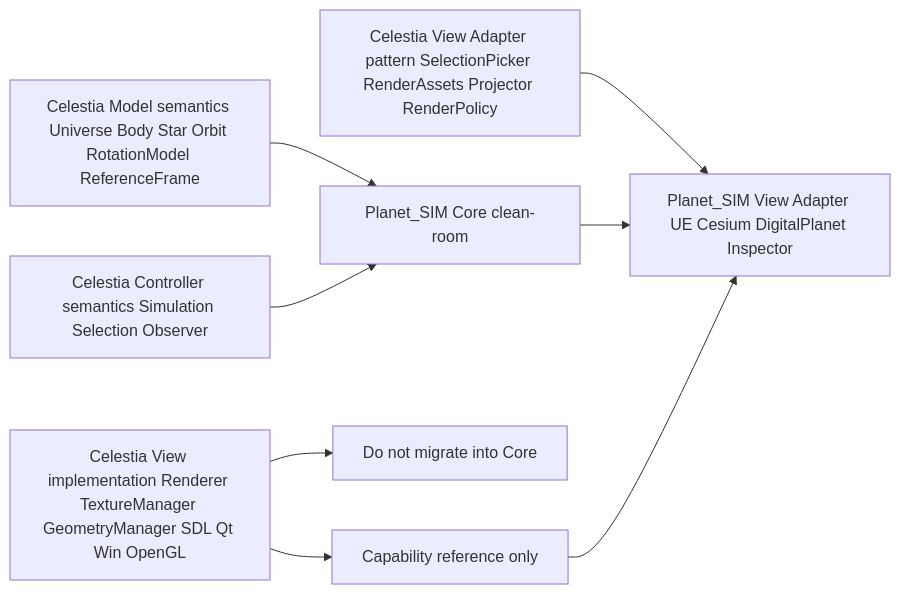
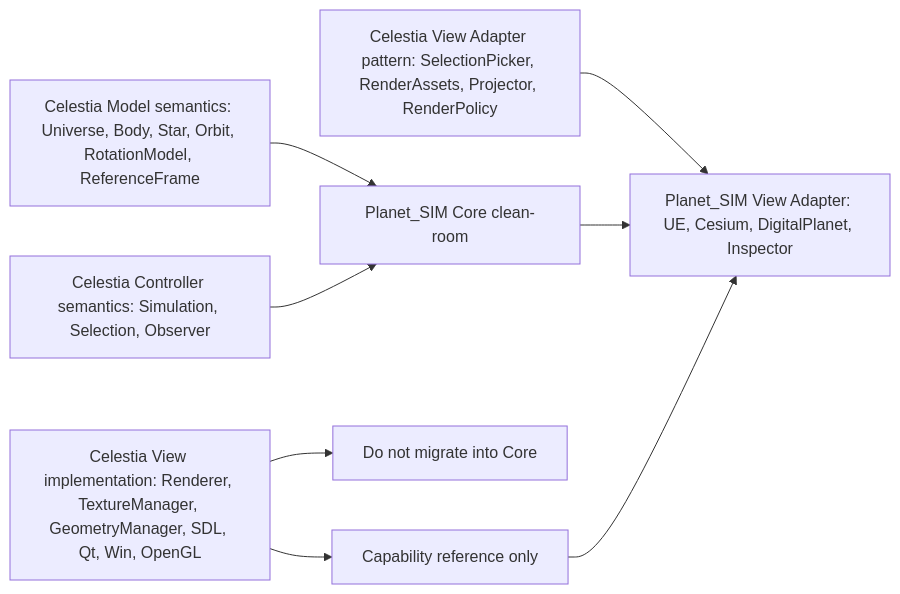
The fourth of 4 diagrams in DOC/CODEX_DOC/02_设计说明/02-05-Celestia标准MVC解耦与迁移映射说明.md (wgwtest/Celestia), drawn with Mermaid before and after one commit. The commit also changed other lines of this file and 2 other files, not shown here.

````diff
--- a/DOC/CODEX_DOC/02_设计说明/02-05-Celestia标准MVC解耦与迁移映射说明.md
+++ b/DOC/CODEX_DOC/02_设计说明/02-05-Celestia标准MVC解耦与迁移映射说明.md
@@ -125,12 +161,12 @@
 ```mermaid
 graph LR
-    CelestiaModel[Celestia Model semantics Universe Body Star Orbit RotationModel ReferenceFrame] --> PlanetCore[Planet_SIM Core clean-room]
-    CelestiaController[Celestia Controller semantics Simulation Selection Observer] --> PlanetCore
+    CelestiaModel["Celestia Model semantics: Universe, Body, Star, Orbit, RotationModel, ReferenceFrame"] --> PlanetCore["Planet_SIM Core clean-room"]
+    CelestiaController["Celestia Controller semantics: Simulation, Selection, Observer"] --> PlanetCore
 
-    CelestiaAdapter[Celestia View Adapter pattern SelectionPicker RenderAssets Projector RenderPolicy] --> PlanetAdapter[Planet_SIM View Adapter UE Cesium DigitalPlanet Inspector]
+    CelestiaAdapter["Celestia View Adapter pattern: SelectionPicker, RenderAssets, Projector, RenderPolicy"] --> PlanetAdapter["Planet_SIM View Adapter: UE, Cesium, DigitalPlanet, Inspector"]
     PlanetCore --> PlanetAdapter
 
-    CelestiaView[Celestia View implementation Renderer TextureManager GeometryManager SDL Qt Win OpenGL] --> NoCore[Do not migrate into Core]
-    CelestiaView --> CapabilityReference[Capability reference only]
+    CelestiaView["Celestia View implementation: Renderer, TextureManager, GeometryManager, SDL, Qt, Win, OpenGL"] --> NoCore["Do not migrate into Core"]
+    CelestiaView --> CapabilityReference["Capability reference only"]
     CapabilityReference --> PlanetAdapter
 ```
````
